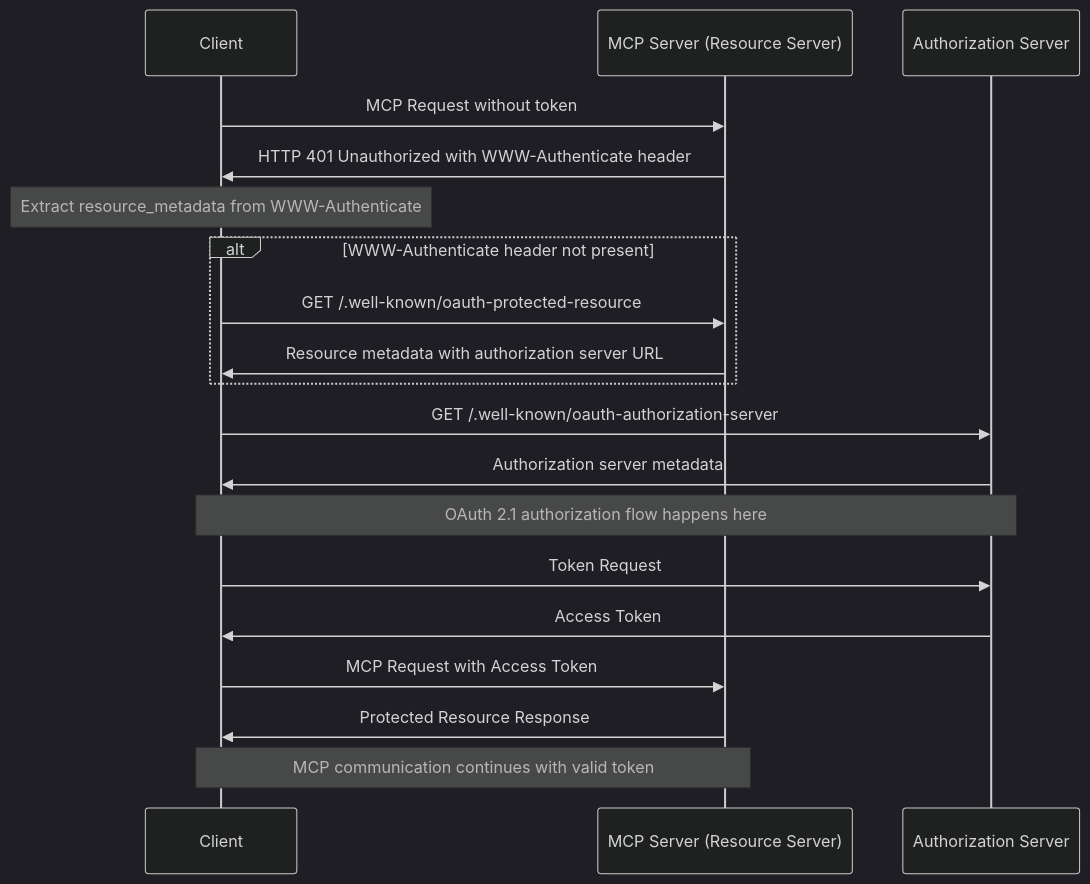
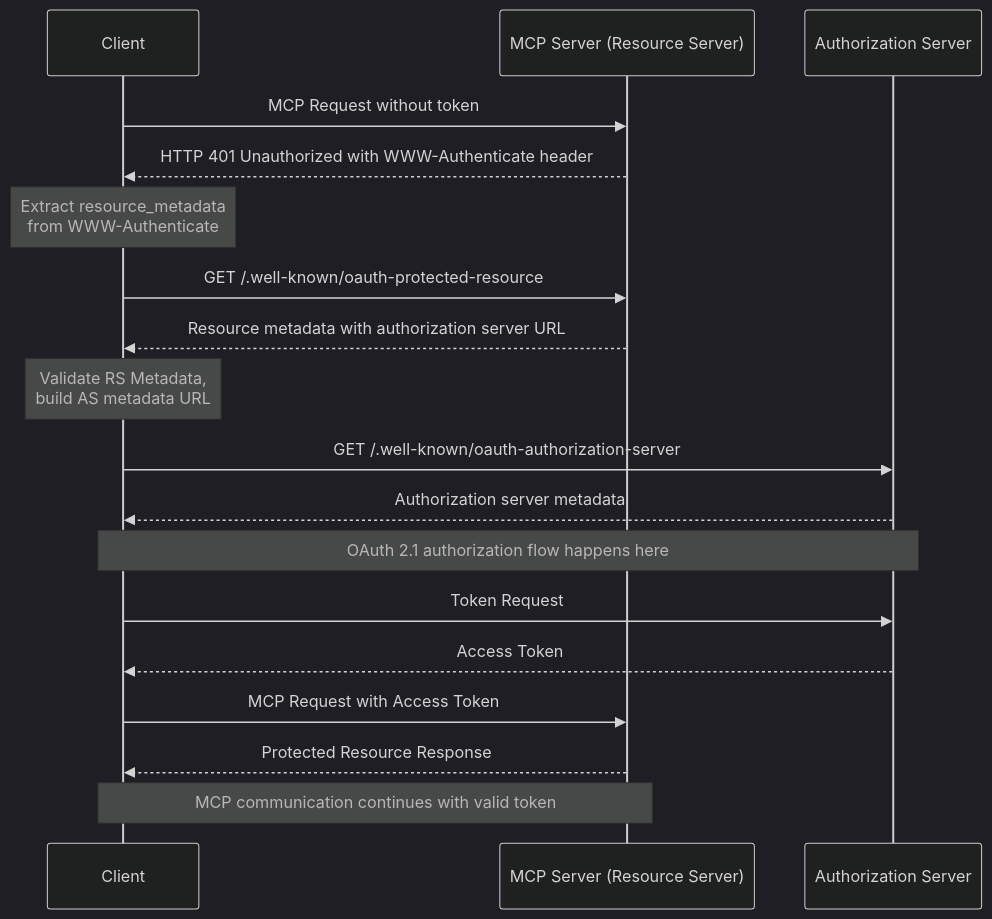
One commit to modelcontextprotocol/specification changed the first of 2 diagrams in docs/specification/2025-03-26/basic/authorization.mdx. Above: the diagram before and after it, drawn with Mermaid (dark theme). The commit also changed other lines of this file, not shown here.

````diff
--- a/docs/specification/2025-03-26/basic/authorization.mdx
+++ b/docs/specification/2025-03-26/basic/authorization.mdx
@@ -115,27 +115,26 @@
 ```mermaid
 sequenceDiagram
     participant C as Client
     participant M as MCP Server (Resource Server)
     participant A as Authorization Server
 
     C->>M: MCP Request without token
-    M->>C: HTTP 401 Unauthorized with WWW-Authenticate header
-    Note over C: Extract resource_metadata from WWW-Authenticate
+    M-->>C: HTTP 401 Unauthorized with WWW-Authenticate header
+    Note over C: Extract resource_metadata<br />from WWW-Authenticate
 
-    alt WWW-Authenticate header not present
-        C->>M: GET /.well-known/oauth-protected-resource
-        M->>C: Resource metadata with authorization server URL
-    end
+    C->>M: GET /.well-known/oauth-protected-resource
+    M-->>C: Resource metadata with authorization server URL
+    Note over C: Validate RS Metadata,<br />build AS metadata URL
 
     C->>A: GET /.well-known/oauth-authorization-server
-    A->>C: Authorization server metadata
+    A-->>C: Authorization server metadata
 
     Note over C,A: OAuth 2.1 authorization flow happens here
 
     C->>A: Token Request
-    A->>C: Access Token
+    A-->>C: Access Token
 
     C->>M: MCP Request with Access Token
-    M->>C: Protected Resource Response
+    M-->>C: Protected Resource Response
     Note over C,M: MCP communication continues with valid token
 ```
````
